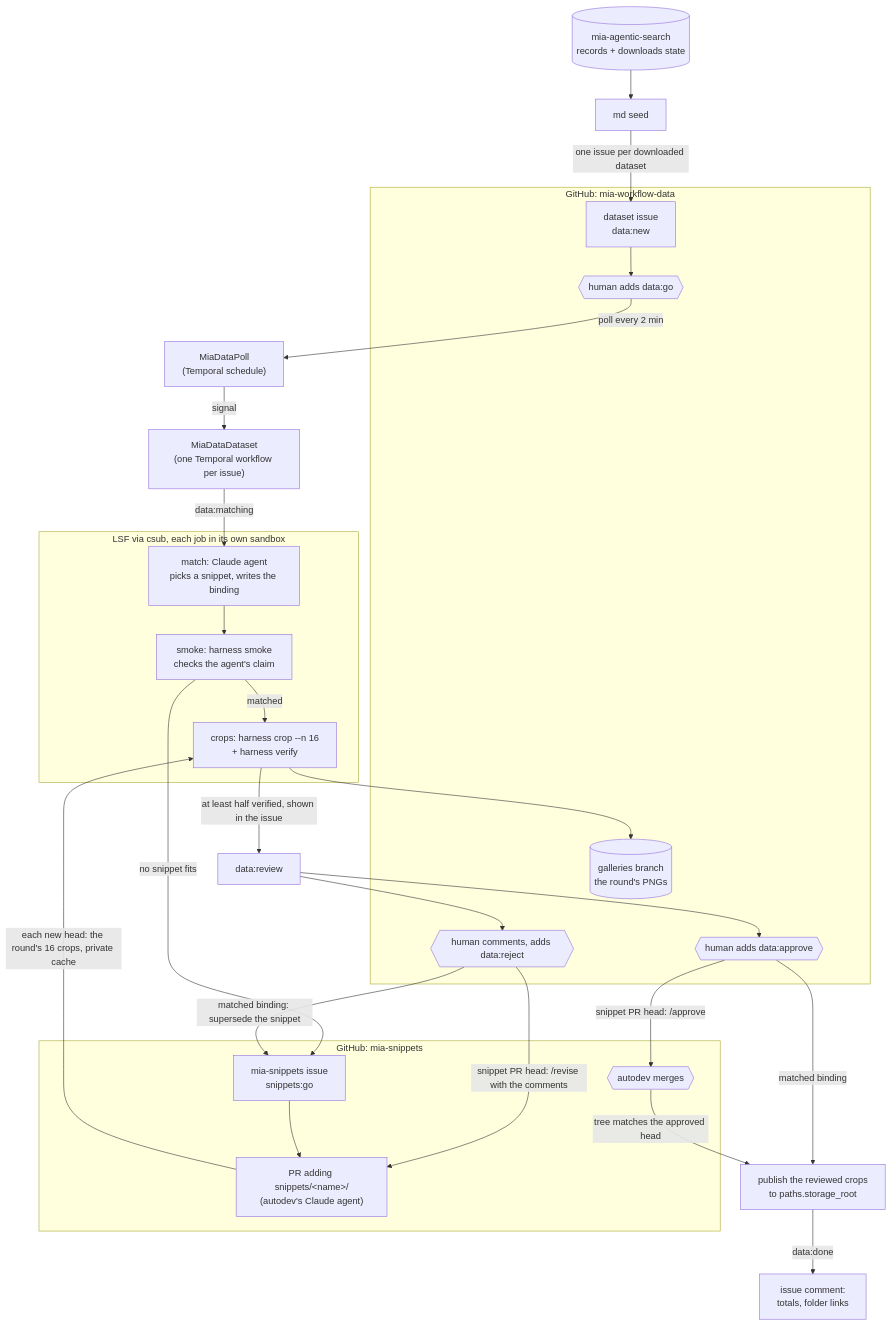
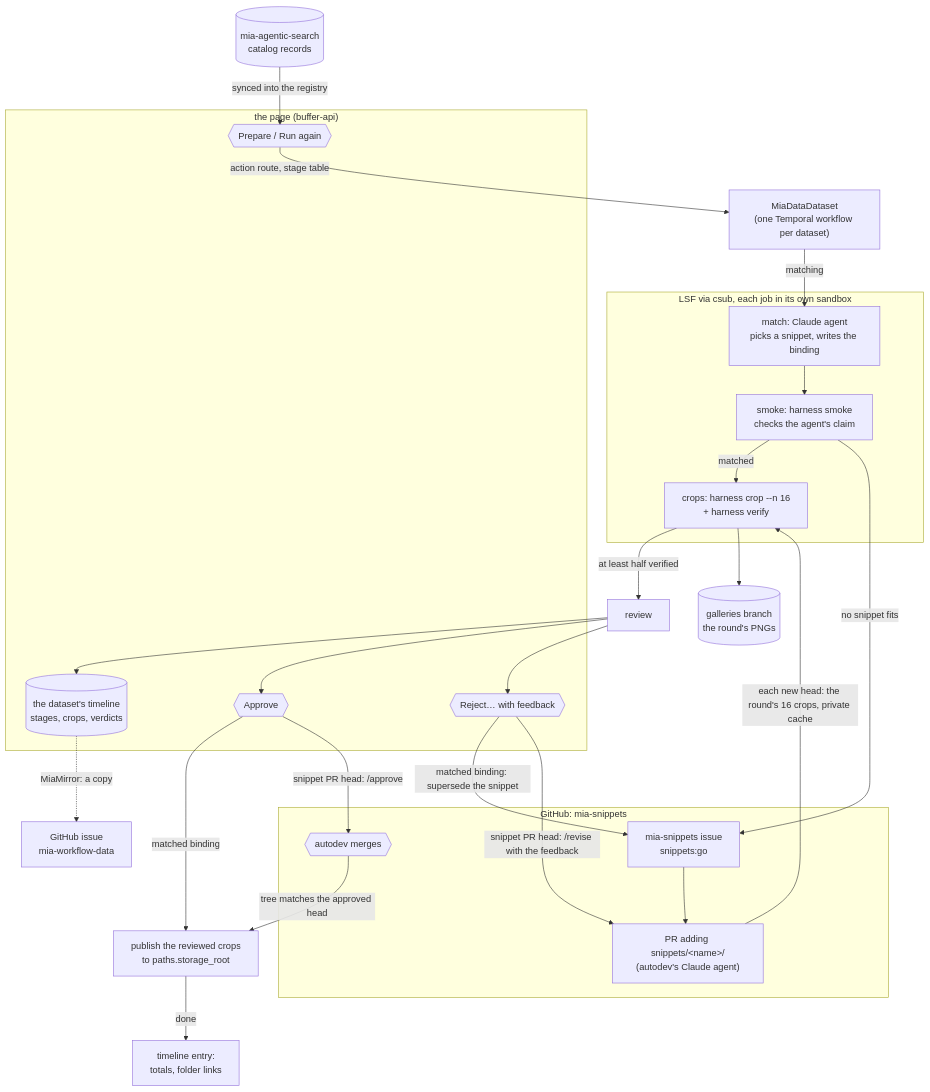
Before and after one commit to JaneliaSciComp/mia-workflows: the diagram in docs/mia-data-workflow.md, drawn with Mermaid. The commit also changed other lines of this file and 10 other files, not shown here.

````diff
--- a/docs/mia-data-workflow.md
+++ b/docs/mia-data-workflow.md
@@ -12,47 +7,45 @@
 ```mermaid
 flowchart TD
-    catalog[("mia-agentic-search<br/>records + downloads state")]
-    seed["md seed"] -->|one issue per downloaded dataset| issue
-    catalog --> seed
+    catalog[("mia-agentic-search<br/>catalog records")]
 
-    subgraph gh["GitHub: mia-workflow-data"]
-        issue["dataset issue<br/>data:new"]
-        go{{"human adds data:go"}}
-        approve{{"human adds data:approve"}}
-        reject{{"human comments, adds data:reject"}}
-        gallery[("galleries branch<br/>the round's PNGs")]
+    subgraph page["the page (buffer-api)"]
+        go{{"Prepare / Run again"}}
+        approve{{"Approve"}}
+        reject{{"Reject… with feedback"}}
+        timeline[("the dataset's timeline<br/>stages, crops, verdicts")]
     end
 
-    issue --> go
-    go -->|poll every 2 min| poll["MiaDataPoll<br/>(Temporal schedule)"]
-    poll -->|signal| wf["MiaDataDataset<br/>(one Temporal workflow per issue)"]
+    catalog -->|synced into the registry| go
+    go -->|action route, stage table| wf["MiaDataDataset<br/>(one Temporal workflow per dataset)"]
 
     subgraph cluster["LSF via csub, each job in its own sandbox"]
         match["match: Claude agent<br/>picks a snippet, writes the binding"]
         smoke["smoke: harness smoke<br/>checks the agent's claim"]
         tcrop["crops: harness crop --n 16<br/>+ harness verify"]
     end
 
-    wf -->|data:matching| match --> smoke
+    wf -->|matching| match --> smoke
     smoke -->|matched| tcrop
     smoke -->|no snippet fits| dev
-    tcrop -->|at least half verified, shown in the issue| review["data:review"]
-    tcrop --> gallery
+    tcrop -->|at least half verified| review["review"]
+    tcrop --> gallery[("galleries branch<br/>the round's PNGs")]
+    review --> timeline
     review --> approve
     review --> reject
     approve -->|matched binding| publish["publish the reviewed crops<br/>to paths.storage_root"]
     approve -->|snippet PR head: /approve| merge
     reject -->|matched binding: supersede the snippet| dev
-    reject -->|snippet PR head: /revise with the comments| pr
-    publish -->|data:done| done["issue comment:<br/>totals, folder links"]
+    reject -->|snippet PR head: /revise with the feedback| pr
+    publish -->|done| done["timeline entry:<br/>totals, folder links"]
 
     subgraph snippets["GitHub: mia-snippets"]
         dev["mia-snippets issue<br/>snippets:go"]
         pr["PR adding snippets/&lt;name&gt;/<br/>(autodev's Claude agent)"]
         merge{{"autodev merges"}}
     end
 
     dev --> pr
     pr -->|each new head: the round's 16 crops, private cache| tcrop
     merge -->|tree matches the approved head| publish
+    timeline -.->|MiaMirror: a copy| issue["GitHub issue<br/>mia-workflow-data"]
 ```
````
